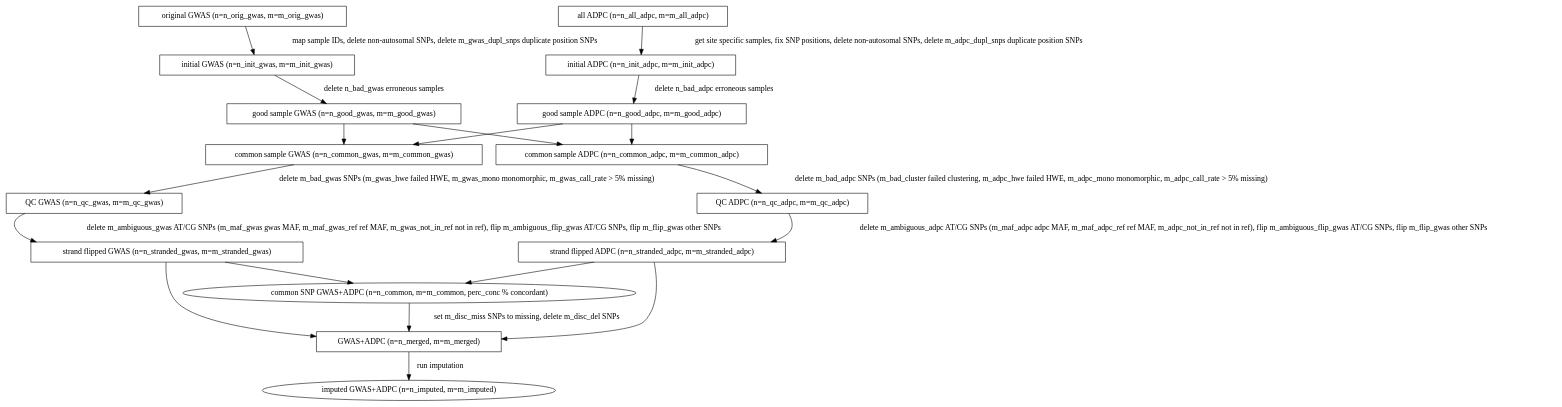
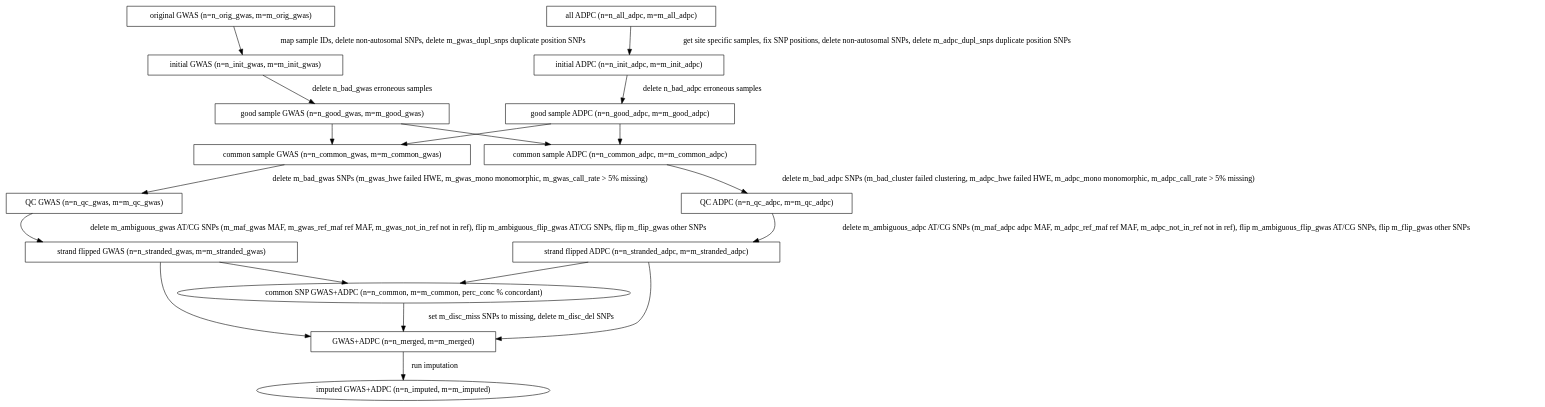
Before and after one commit to CAAPA/gwas_adpc_imputation_pipeline: the diagram in doc/flow.dot, drawn with Graphviz.

```diff
--- a/doc/flow.dot
+++ b/doc/flow.dot
@@ -1,91 +1,91 @@
 #!dot
 digraph {
 
     //Initial GWAS flow
 
     ORIG_GWAS [label="original GWAS (n=n_orig_gwas, m=m_orig_gwas)",
                shape=box] //params: n_orig_gwas, m_orig_gwas
     INIT_GWAS [label="initial GWAS (n=n_init_gwas, m=m_init_gwas)",
                shape=box] //params: n_init_gwas, m_init_gwas
     ORIG_GWAS -> INIT_GWAS [label= " map sample IDs, delete non-autosomal SNPs, delete m_gwas_dupl_snps duplicate position SNPs"];
                  //script: get_gwas_samples
 
 
     GOOD_GWAS [label="good sample GWAS (n=n_good_gwas, m=m_good_gwas)",
                shape=box] //params: n_good_gwas, m_good_gwas
     INIT_GWAS -> GOOD_GWAS [label=" delete n_bad_gwas erroneous samples"];
                 //script: get_good_samples; params: n_bad_gwas
 
     COMMON_GWAS [label="common sample GWAS (n=n_common_gwas, m=m_common_gwas)",
                  shape=box] //params: n_common_gwas, m=m_common_gwas
     GOOD_GWAS -> COMMON_GWAS;
                  //script: get_common_samples
 
     QC_GWAS [label="QC GWAS (n=n_qc_gwas, m=m_qc_gwas)",
              shape=box] //params: n_qc_gwas, m=m_qc_gwas
     COMMON_GWAS -> QC_GWAS [label=" delete m_bad_gwas SNPs (m_gwas_hwe failed HWE, m_gwas_mono monomorphic, m_gwas_call_rate > 5% missing)"];
                 //script: do_gwas_qc; params: m_bad_gwas
                 //m (whatever subcategories removed)
 
 
     FLIPPED_GWAS [label="strand flipped GWAS (n=n_stranded_gwas, m=m_stranded_gwas)",
                   shape=box] //params: n_stranded_gwas, m_stranded_gwas
-    QC_GWAS -> FLIPPED_GWAS  [label=" delete m_ambiguous_gwas AT/CG SNPs (m_maf_gwas gwas MAF, m_maf_gwas_ref ref MAF, m_gwas_not_in_ref not in ref), flip m_ambiguous_flip_gwas AT/CG SNPs, flip m_flip_gwas other SNPs"];
+    QC_GWAS -> FLIPPED_GWAS  [label=" delete m_ambiguous_gwas AT/CG SNPs (m_maf_gwas MAF, m_gwas_ref_maf ref MAF, m_gwas_not_in_ref not in ref), flip m_ambiguous_flip_gwas AT/CG SNPs, flip m_flip_gwas other SNPs"];
                  //script: flip_strands; params: m_flip_gwas, m_ambiguous_gwas
 
 
     //Initial ADPC flow
 
     ALL_ADPC [label="all ADPC (n=n_all_adpc, m=m_all_adpc)",
               shape=box] //params:n_all_adpc, m_all_adpc
     INIT_ADPC [label="initial ADPC (n=n_init_adpc, m=m_init_adpc)",
                shape=box] //params: n_init_adpc, m_init_adpc
     ALL_ADPC -> INIT_ADPC [label=" get site specific samples, fix SNP positions, delete non-autosomal SNPs, delete m_adpc_dupl_snps duplicate position SNPs"]
                 //script: get_adpc_samples (site)
 
 
     GOOD_ADPC [label="good sample ADPC (n=n_good_adpc, m=m_good_adpc)",
                shape=box] //params: n_good_adpc, m_good_adpc
     INIT_ADPC -> GOOD_ADPC [label=" delete n_bad_adpc erroneous samples"];
                 //script: get_good_samples; params: n_bad_adpc
 
     COMMON_ADPC [label="common sample ADPC (n=n_common_adpc, m=m_common_adpc)",
                  shape=box] //params: n_common_adpc, m=m_common_adpc
     GOOD_ADPC -> COMMON_ADPC;
                  //script: get_common_samples
 
     QC_ADPC [label="QC ADPC (n=n_qc_adpc, m=m_qc_adpc)",
              shape=box] //params: n_qc_adpc, m=m_qc_adpc
     COMMON_ADPC -> QC_ADPC [label=" delete m_bad_adpc SNPs (m_bad_cluster failed clustering, m_adpc_hwe failed HWE, m_adpc_mono monomorphic, m_adpc_call_rate > 5% missing)"];
                 //script: do_adpc_qc; params: m_bad_adpc
                 //m (whatever subcategories removed)
                 //remember to also remove ACGT
 
     FLIPPED_ADPC [label="strand flipped ADPC (n=n_stranded_adpc, m=m_stranded_adpc)",
                   shape=box] //params: n_stranded_adpc, m_stranded_adpc
-    QC_ADPC -> FLIPPED_ADPC [label=" delete m_ambiguous_adpc AT/CG SNPs (m_maf_adpc adpc MAF, m_maf_adpc_ref ref MAF, m_adpc_not_in_ref not in ref), flip m_ambiguous_flip_gwas AT/CG SNPs, flip m_flip_gwas other SNPs"];
+    QC_ADPC -> FLIPPED_ADPC [label=" delete m_ambiguous_adpc AT/CG SNPs (m_maf_adpc adpc MAF, m_adpc_ref_maf ref MAF, m_adpc_not_in_ref not in ref), flip m_ambiguous_flip_gwas AT/CG SNPs, flip m_flip_gwas other SNPs"];
                  //script: flip_strands; params: m_flip_adpc, m_ambiguous_adpc
 
 
 
     //GWAS + ADPC flows
 
     GOOD_ADPC -> COMMON_GWAS;
     GOOD_GWAS -> COMMON_ADPC;
 
     COMMON_SNP [label="common SNP GWAS+ADPC (n=n_common, m=m_common, perc_conc % concordant)",
                 shape=ellipse] //params: n_common, m_common
     FLIPPED_GWAS -> COMMON_SNP; //script: get_common_snp_files
     FLIPPED_ADPC -> COMMON_SNP; //script: get_common_snp_files
 
     MERGED [label="GWAS+ADPC (n=n_merged, m=m_merged)",
             shape=box] //params: n_merged, m_merged
     COMMON_SNP -> MERGED [label= " set m_disc_miss SNPs to missing, delete m_disc_del SNPs"];
             //script: merge_adpc_gwas; params: m_disc_miss, m_disc_del
     FLIPPED_GWAS -> MERGED;
     FLIPPED_ADPC -> MERGED;
 
     IMPUTED [label="imputed GWAS+ADPC (n=n_imputed, m=m_imputed)"]
     MERGED -> IMPUTED [label=" run imputation"];
                 //script:
 }
```
